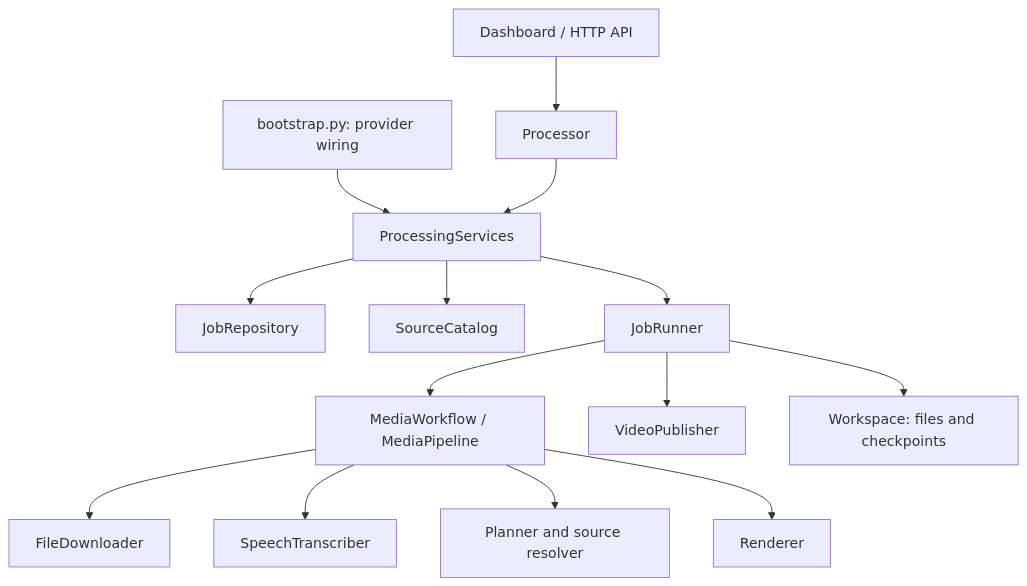
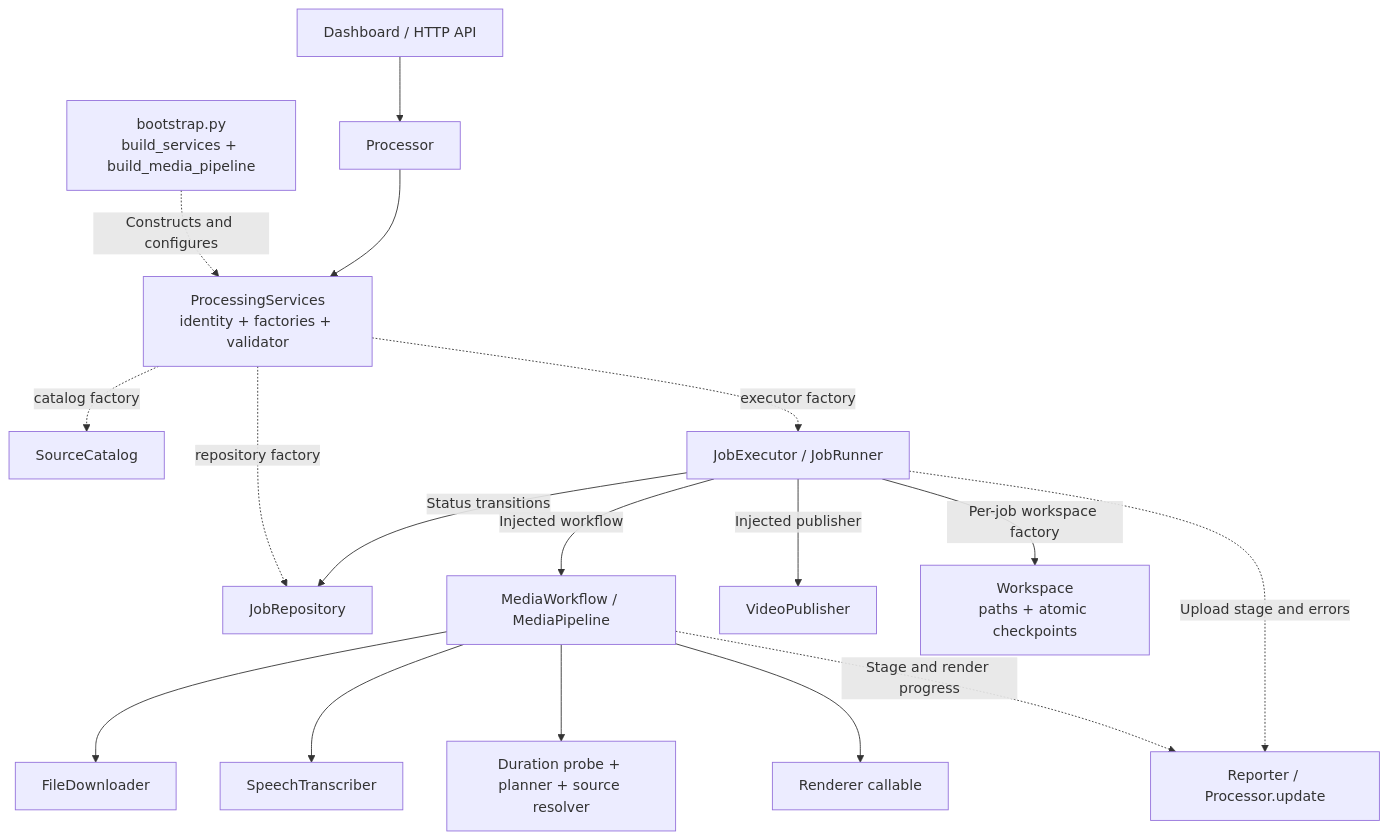
One commit to houssamBensiyed/poetry-shorts-maker changed the first of 2 diagrams in docs/ARCHITECTURE.md. Above: the diagram before and after it, drawn with Mermaid. The commit also changed other lines of this file and 2 other files, not shown here.

Commit message:
docs: align diagrams and guides with the refactored architecture

````diff
--- a/docs/ARCHITECTURE.md
+++ b/docs/ARCHITECTURE.md
@@ -7,16 +9,19 @@
 ```mermaid
 flowchart TD
-    UI[Dashboard / HTTP API] --> Processor
-    Bootstrap[bootstrap.py: provider wiring] --> Services[ProcessingServices]
-    Processor --> Services
-    Services --> Repository[JobRepository]
-    Services --> Catalog[SourceCatalog]
-    Services --> Runner[JobRunner]
-    Runner --> Media[MediaWorkflow / MediaPipeline]
-    Runner --> Publisher[VideoPublisher]
-    Runner --> Workspace[Workspace: files and checkpoints]
-    Media --> Download[FileDownloader]
-    Media --> Transcribe[SpeechTranscriber]
-    Media --> Plan[Planner and source resolver]
-    Media --> Render[Renderer]
+    UI["Dashboard / HTTP API"] --> Processor
+    Bootstrap["bootstrap.py<br/>build_services + build_media_pipeline"] -.->|Constructs and configures| Services
+    Processor --> Services["ProcessingServices<br/>identity + factories + validator"]
+    Services -.->|repository factory| Repository["JobRepository"]
+    Services -.->|catalog factory| Catalog["SourceCatalog"]
+    Services -.->|executor factory| Executor["JobExecutor / JobRunner"]
+    Executor -->|Injected workflow| Media["MediaWorkflow / MediaPipeline"]
+    Executor -->|Injected publisher| Publisher["VideoPublisher"]
+    Executor -->|Per-job workspace factory| Workspace["Workspace<br/>paths + atomic checkpoints"]
+    Executor -->|Status transitions| Repository
+    Media --> Download["FileDownloader"]
+    Media --> Transcribe["SpeechTranscriber"]
+    Media --> Strategies["Duration probe + planner + source resolver"]
+    Media --> Render["Renderer callable"]
+    Media -.->|Stage and render progress| Reporter["Reporter / Processor.update"]
+    Executor -.->|Upload stage and errors| Reporter
 ```
````
